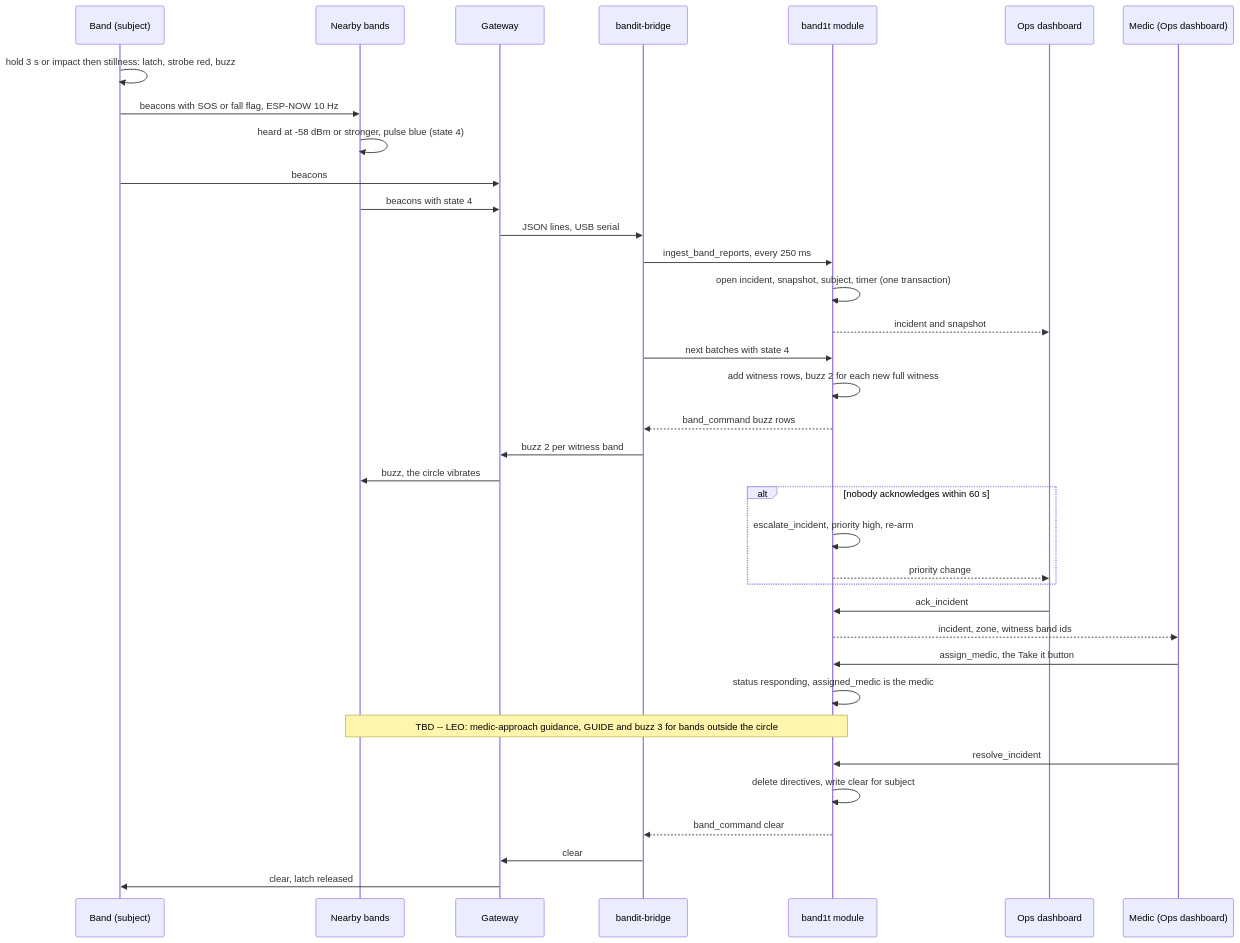
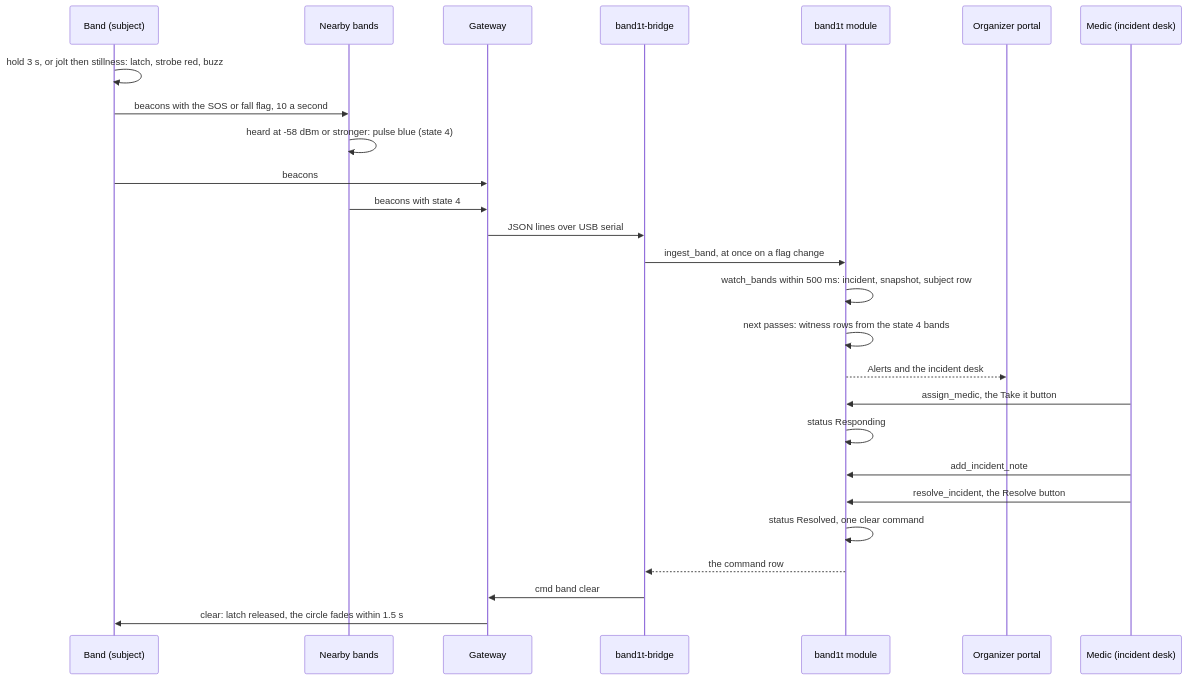
One commit to viktorinkov/cal-hacks-13 changed the second of 4 diagrams in System Design/6-features/Safety.md. Above: the diagram before and after it, drawn with Mermaid. The commit also changed other lines of this file and 26 other files, not shown here.

````diff
--- a/System Design/6-features/Safety.md
+++ b/System Design/6-features/Safety.md
@@ -194,38 +124,28 @@
 ```mermaid
 sequenceDiagram
   participant B as Band (subject)
   participant N as Nearby bands
   participant G as Gateway
-  participant BR as bandit-bridge
+  participant BR as band1t-bridge
   participant M as band1t module
-  participant D as Ops dashboard
-  participant MD as Medic (Ops dashboard)
-  B->>B: hold 3 s or impact then stillness: latch, strobe red, buzz
-  B->>N: beacons with SOS or fall flag, ESP-NOW 10 Hz
-  N->>N: heard at -58 dBm or stronger, pulse blue (state 4)
+  participant D as Organizer portal
+  participant MD as Medic (incident desk)
+  B->>B: hold 3 s, or jolt then stillness: latch, strobe red, buzz
+  B->>N: beacons with the SOS or fall flag, 10 a second
+  N->>N: heard at -58 dBm or stronger: pulse blue (state 4)
   B->>G: beacons
   N->>G: beacons with state 4
-  G->>BR: JSON lines, USB serial
-  BR->>M: ingest_band_reports, every 250 ms
-  M->>M: open incident, snapshot, subject, timer (one transaction)
-  M-->>D: incident and snapshot
-  BR->>M: next batches with state 4
-  M->>M: add witness rows, buzz 2 for each new full witness
-  M-->>BR: band_command buzz rows
-  BR->>G: buzz 2 per witness band
-  G->>N: buzz, the circle vibrates
-  alt nobody acknowledges within 60 s
-    M->>M: escalate_incident, priority high, re-arm
-    M-->>D: priority change
-  end
-  D->>M: ack_incident
-  M-->>MD: incident, zone, witness band ids
+  G->>BR: JSON lines over USB serial
+  BR->>M: ingest_band, at once on a flag change
+  M->>M: watch_bands within 500 ms: incident, snapshot, subject row
+  M->>M: next passes: witness rows from the state 4 bands
+  M-->>D: Alerts and the incident desk
   MD->>M: assign_medic, the Take it button
-  M->>M: status responding, assigned_medic is the medic
-  Note over M,N: TBD -- LEO: medic-approach guidance, GUIDE and buzz 3 for bands outside the circle
-  MD->>M: resolve_incident
-  M->>M: delete directives, write clear for subject
-  M-->>BR: band_command clear
-  BR->>G: clear
-  G->>B: clear, latch released
+  M->>M: status Responding
+  MD->>M: add_incident_note
+  MD->>M: resolve_incident, the Resolve button
+  M->>M: status Resolved, one clear command
+  M-->>BR: the command row
+  BR->>G: cmd band clear
+  G->>B: clear: latch released, the circle fades within 1.5 s
 ```
````
